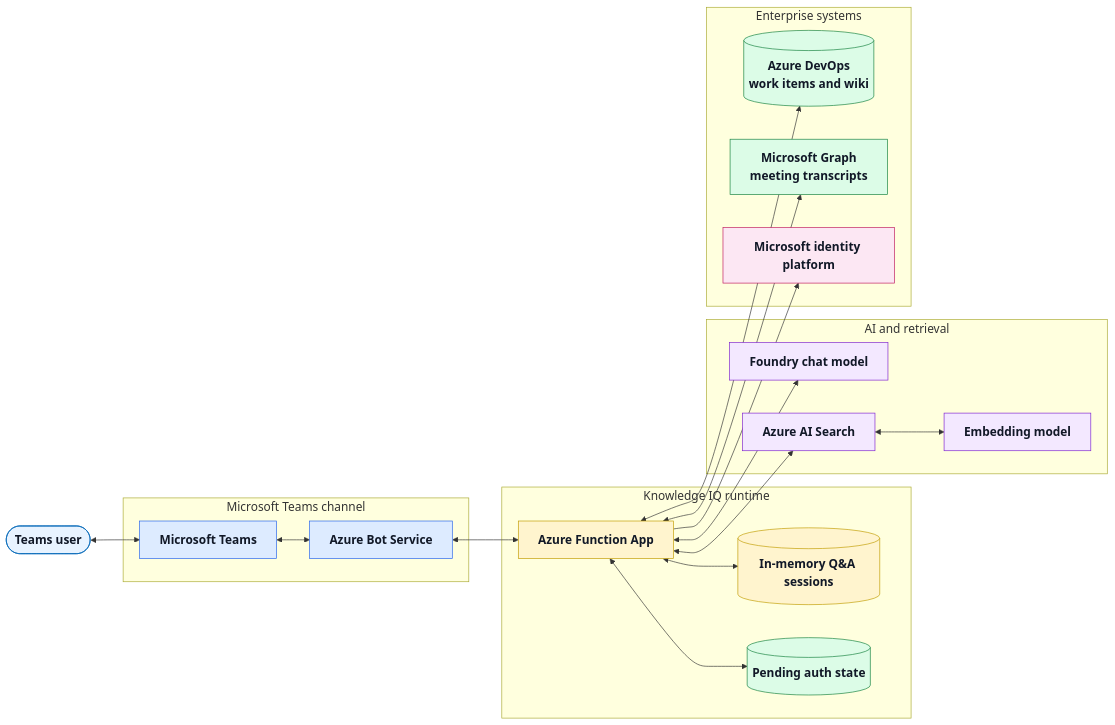
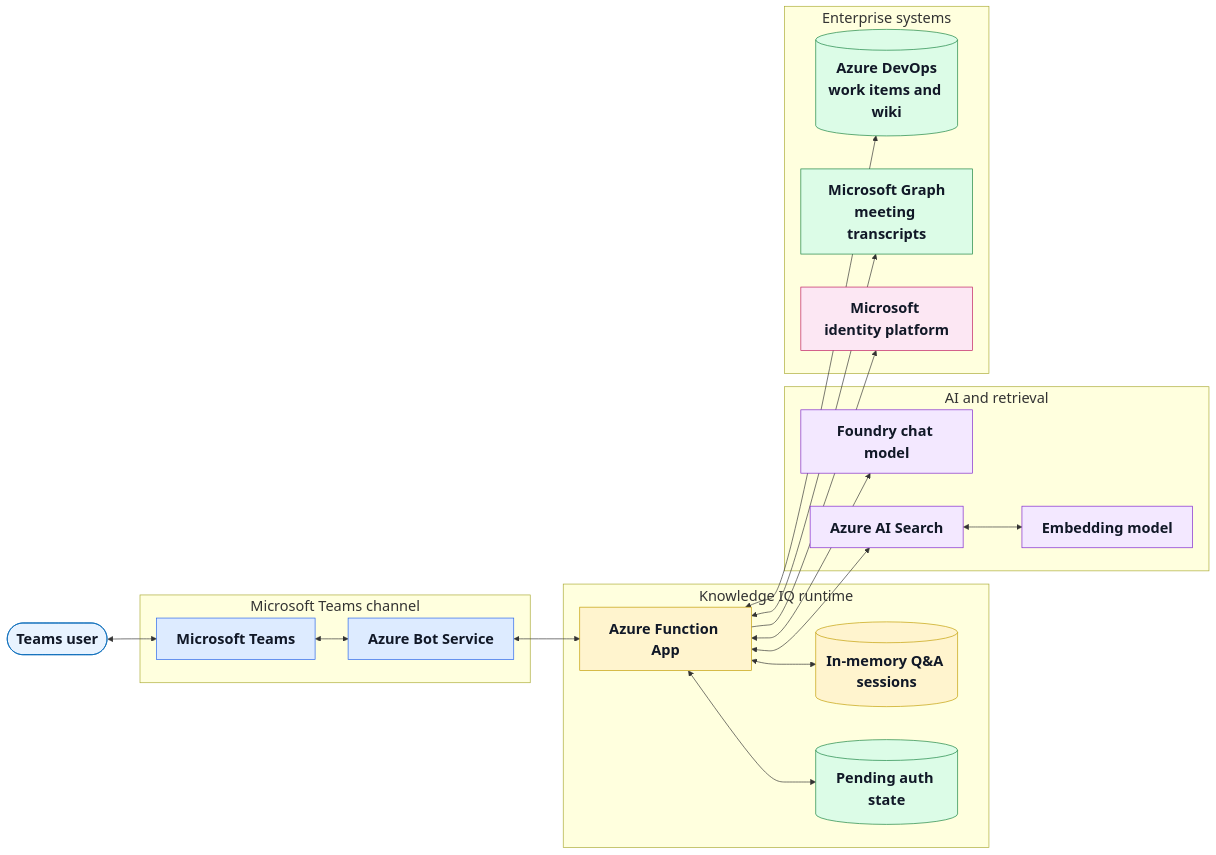
Before and after one commit to madhurshukla23/Migration-Knowledge-IQ: the first of 5 diagrams in docs/architecture.md, drawn with Mermaid.

Commit message:
Increase font size in architecture diagram for improved readability

````diff
--- a/docs/architecture.md
+++ b/docs/architecture.md
@@ -55,52 +55,52 @@
 ```mermaid
-%%{init: {"themeVariables": {"fontSize": "18px"}}}%%
+%%{init: {"themeVariables": {"fontSize": "22px"}}}%%
 flowchart LR
     User([Teams user])
 
     subgraph Channel[Microsoft Teams channel]
         Teams[Microsoft Teams]
         Bot[Azure Bot Service]
     end
 
     subgraph Runtime[Knowledge IQ runtime]
         Function[Azure Function App]
         Session[(In-memory Q&A sessions)]
         Pending[(Pending auth state)]
     end
 
     subgraph Intelligence[AI and retrieval]
         Agent[Foundry chat model]
         Search[Azure AI Search]
         Embedding[Embedding model]
     end
 
     subgraph Enterprise[Enterprise systems]
         ADO[(Azure DevOps<br/>work items and wiki)]
         Graph[Microsoft Graph<br/>meeting transcripts]
         Identity[Microsoft identity platform]
     end
 
     User <--> Teams <--> Bot <--> Function
     Function <--> Agent
     Function <--> Search
     Search <--> Embedding
     Function <--> ADO
     Function --> Identity
     Function <--> Graph
     Function <--> Session
     Function <--> Pending
 
     classDef user fill:#E8F3FF,stroke:#0067B8,color:#111827,font-weight:bold
     classDef channel fill:#DDEBFF,stroke:#2563EB,color:#111827,font-weight:bold
     classDef runtime fill:#FFF4CE,stroke:#C19C00,color:#111827,font-weight:bold
     classDef ai fill:#F3E8FF,stroke:#7E22CE,color:#111827,font-weight:bold
     classDef data fill:#DCFCE7,stroke:#15803D,color:#111827,font-weight:bold
     classDef identity fill:#FCE7F3,stroke:#BE185D,color:#111827,font-weight:bold
 
     class User user
     class Teams,Bot channel
     class Function,Session runtime
     class Agent,Search,Embedding ai
     class ADO,Graph,Pending data
     class Identity identity
 ```
````
